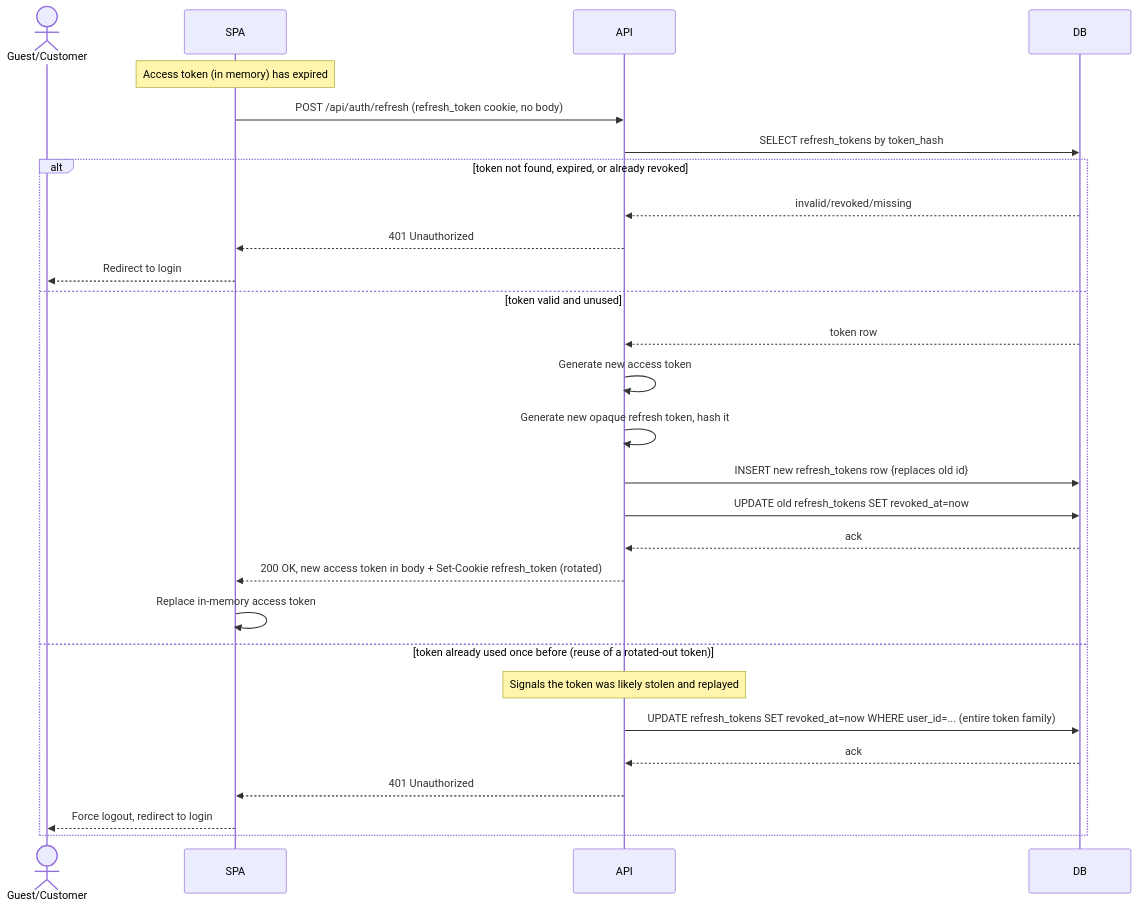
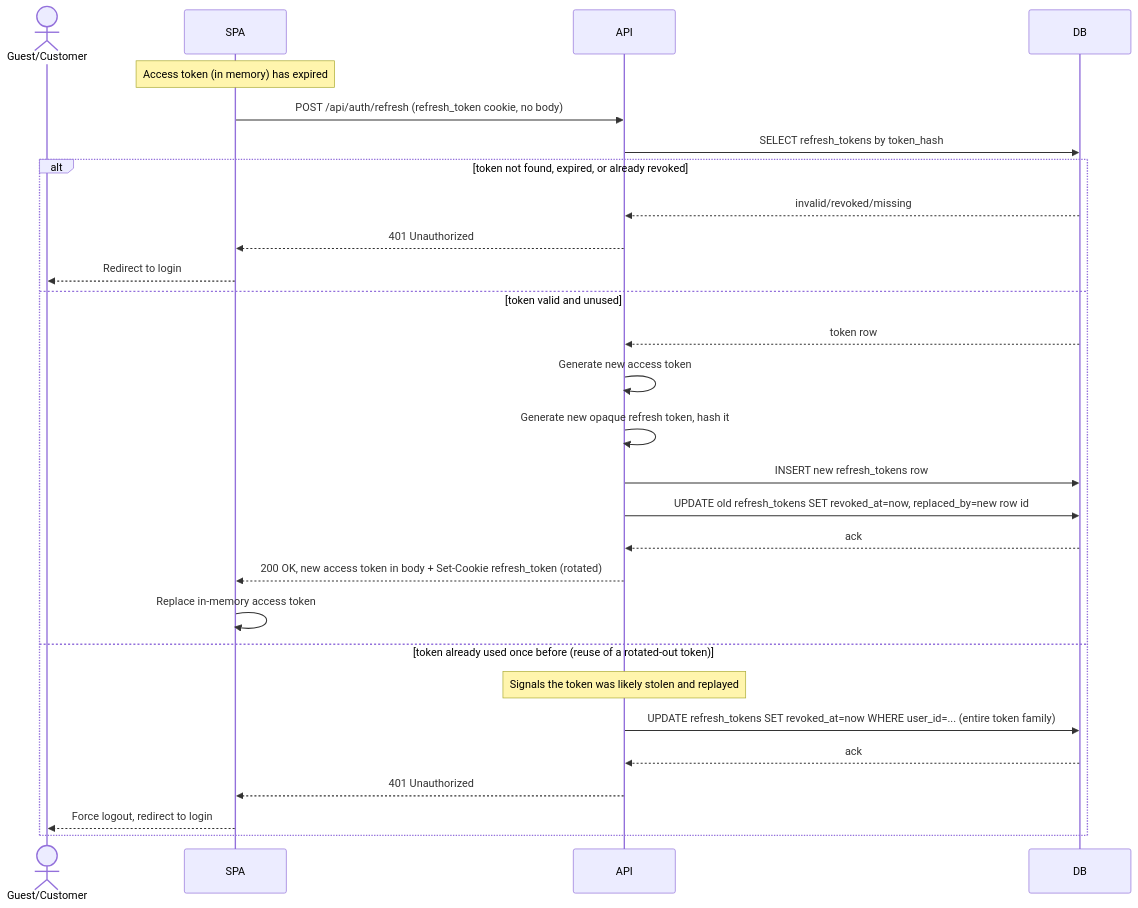
One commit to eweinmanepam/Remediation-Engineer-Sample-Application changed diagram 14 of 14 in DESIGN.md. Above: the diagram before and after it, drawn with Mermaid. The commit also changed other lines of this file, not shown here.

First line of the commit message:
Full review pass: quote all ER relationship labels, fix stray inconsistencies

````diff
--- a/DESIGN.md
+++ b/DESIGN.md
@@ -707,33 +707,33 @@
 ```mermaid
 sequenceDiagram
     actor User as Guest/Customer
     participant SPA
     participant API
     participant DB
 
     Note over SPA: Access token (in memory) has expired
 
     SPA->>API: POST /api/auth/refresh (refresh_token cookie, no body)
     API->>DB: SELECT refresh_tokens by token_hash
 
     alt token not found, expired, or already revoked
         DB-->>API: invalid/revoked/missing
         API-->>SPA: 401 Unauthorized
         SPA-->>User: Redirect to login
     else token valid and unused
         DB-->>API: token row
         API->>API: Generate new access token
         API->>API: Generate new opaque refresh token, hash it
-        API->>DB: INSERT new refresh_tokens row {replaces old id}
-        API->>DB: UPDATE old refresh_tokens SET revoked_at=now
+        API->>DB: INSERT new refresh_tokens row
+        API->>DB: UPDATE old refresh_tokens SET revoked_at=now, replaced_by=new row id
         DB-->>API: ack
         API-->>SPA: 200 OK, new access token in body + Set-Cookie refresh_token (rotated)
         SPA->>SPA: Replace in-memory access token
     else token already used once before (reuse of a rotated-out token)
         Note over API: Signals the token was likely stolen and replayed
         API->>DB: UPDATE refresh_tokens SET revoked_at=now WHERE user_id=... (entire token family)
         DB-->>API: ack
         API-->>SPA: 401 Unauthorized
         SPA-->>User: Force logout, redirect to login
     end
 ```
````
